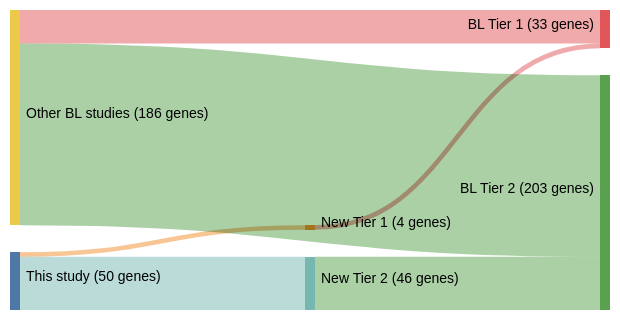
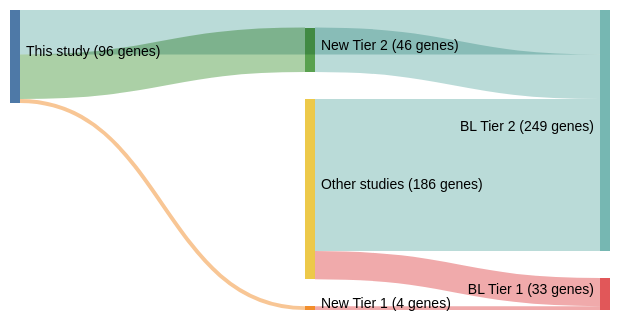
Before and after one commit to morinlab/lymphopedia: the diagram in papers/paneaWholeGenomeLandscape2019.md, drawn with Mermaid (neutral theme). The commit also changed 82 other files, not shown here.

````diff
--- a/papers/paneaWholeGenomeLandscape2019.md
+++ b/papers/paneaWholeGenomeLandscape2019.md
@@ -12,20 +12,21 @@
 ```mermaid
 ---
 config:
     sankey:
         showValues: true
         linkColor: target
         width: 600
         height: 300
-        nodeAlignment: left
+        nodeAlignment: right
         prefix: '('
         suffix: ' genes)'
 ---
 sankey-beta
 This study, New Tier 1, 4
 New Tier 1, BL Tier 1, 4
+This study, BL Tier 2, 46
 This study, New Tier 2, 46
 New Tier 2, BL Tier 2, 46
-Other BL studies, BL Tier 1, 29
-Other BL studies, BL Tier 2, 157
+Other studies, BL Tier 1, 29
+Other studies, BL Tier 2, 157
 ```
````
